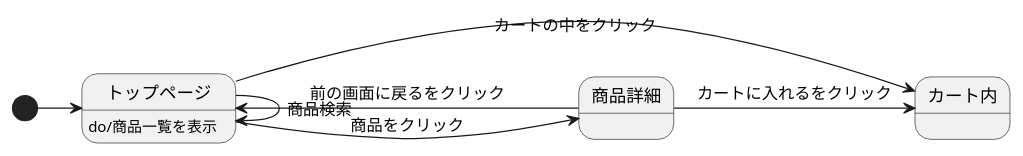
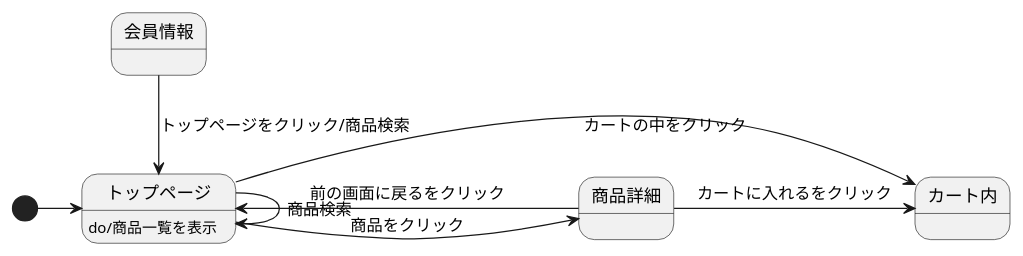
Before and after one commit to Aso2001195/2021sys-design: the diagram in kadai7.md, drawn with PlantUML.

````diff
--- a/kadai7.md
+++ b/kadai7.md
@@ -1,11 +1,12 @@
 ```uml
 @startuml
 [*] -> トップページ
+会員情報 --> トップページ :トップページをクリック/商品検索
 トップページ -> トップページ :商品検索
 トップページ -> 商品詳細 :商品をクリック
 トップページ -> カート内 :カートの中をクリック
 トップページ : do/商品一覧を表示
 商品詳細 -> カート内 :カートに入れるをクリック
 商品詳細 -> トップページ :前の画面に戻るをクリック
 @enduml
 ```
````
